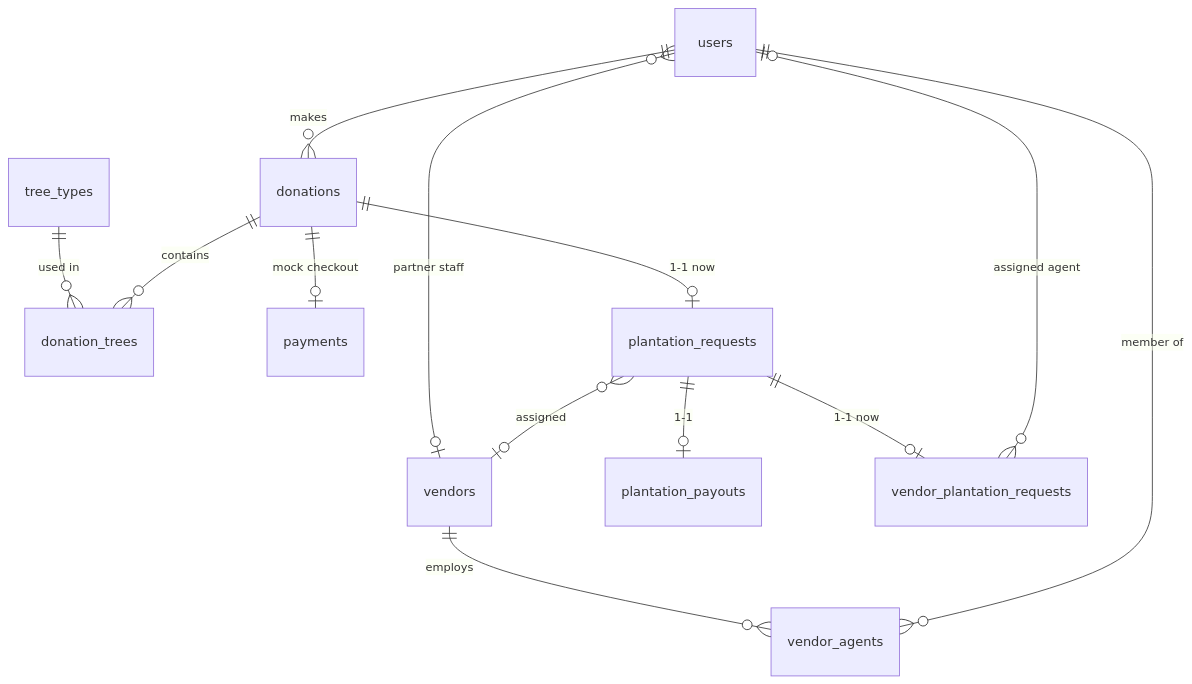
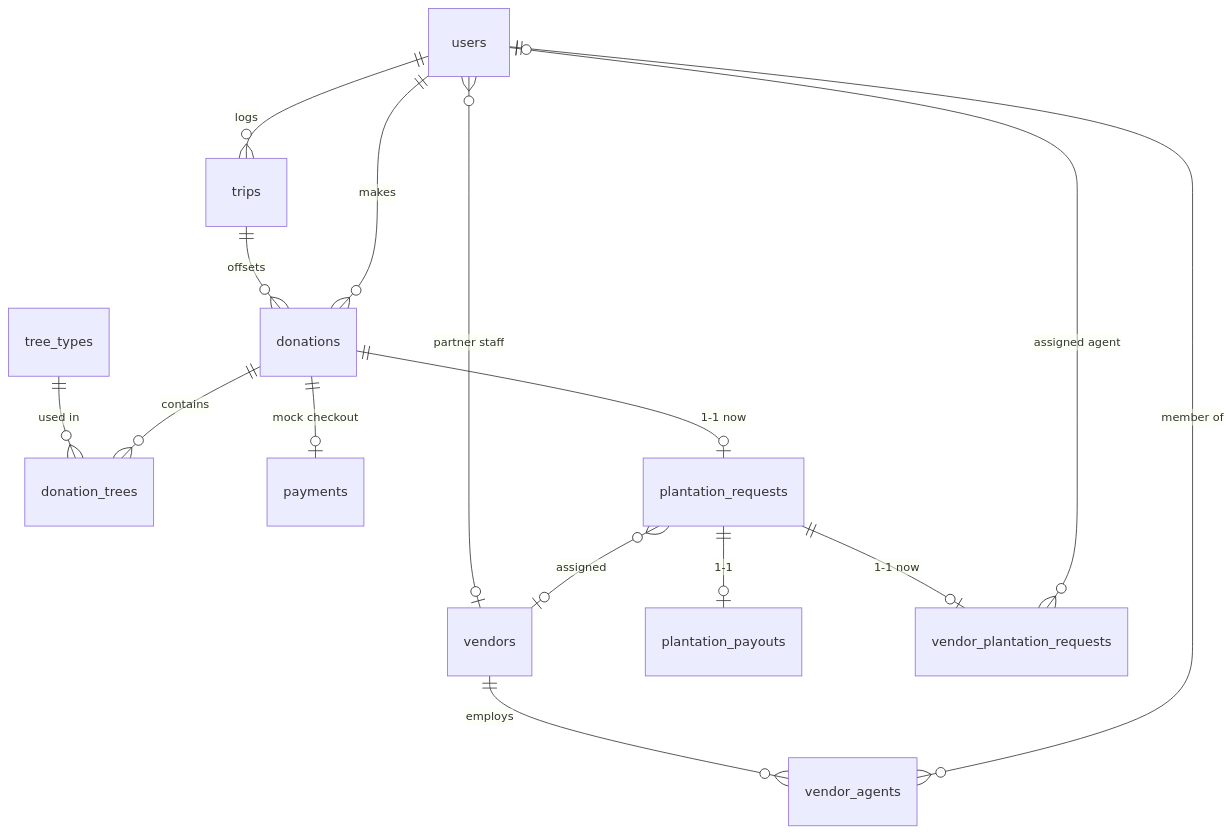
The diagram in DATA_MODEL.md (zerobyfifty-builder/OTOT), drawn with Mermaid before and after one commit. The commit also changed other lines of this file, not shown here.

First line of the commit message:
Restore tourist trips, trees, and impact pages with archived dashboard styling.

````diff
--- a/DATA_MODEL.md
+++ b/DATA_MODEL.md
@@ -9,15 +9,17 @@
 ```mermaid
 erDiagram
+  users ||--o{ trips : logs
+  trips ||--o{ donations : offsets
   users ||--o{ donations : makes
   users }o--o| vendors : "partner staff"
   vendors ||--o{ vendor_agents : employs
   users ||--o{ vendor_agents : "member of"
   tree_types ||--o{ donation_trees : "used in"
   donations ||--o{ donation_trees : contains
   donations ||--o| payments : "mock checkout"
   donations ||--o| plantation_requests : "1-1 now"
   plantation_requests }o--o| vendors : assigned
   plantation_requests ||--o| plantation_payouts : "1-1"
   plantation_requests ||--o| vendor_plantation_requests : "1-1 now"
   vendor_plantation_requests }o--o| users : "assigned agent"
 ```
````
